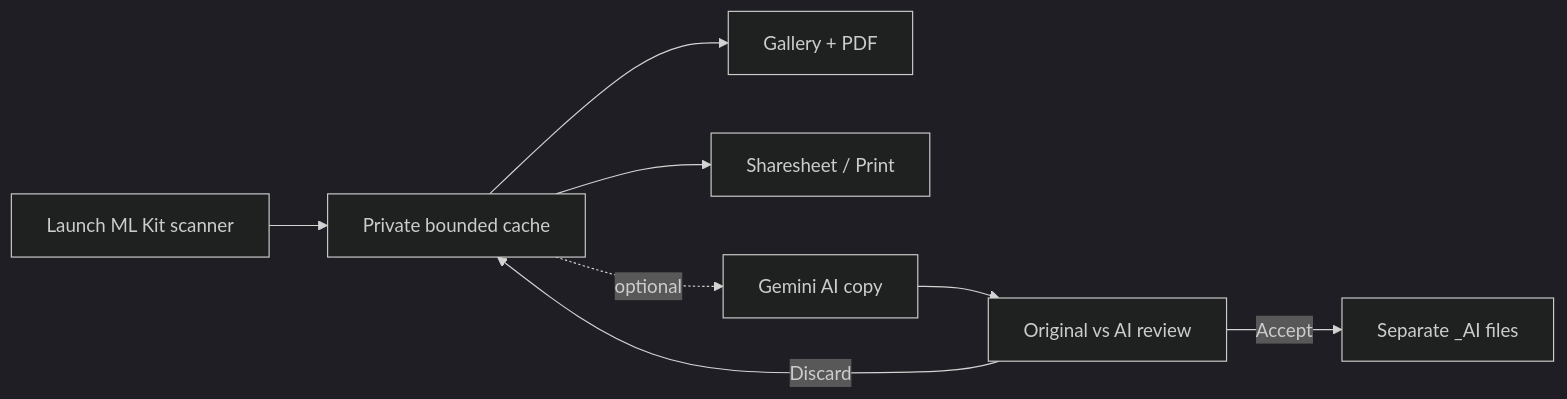
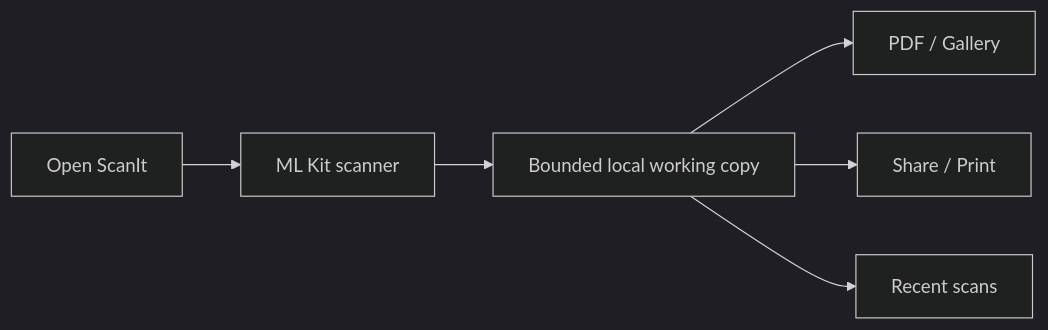
The diagram in README.md (Majkey25/ScanIt), drawn with Mermaid (dark theme) before and after one commit. The commit also changed other lines of this file and 15 other files, not shown here.

````diff
--- a/README.md
+++ b/README.md
@@ -77,10 +59,8 @@
 ```mermaid
 flowchart LR
-    A["Launch ML Kit scanner"] --> B["Private bounded cache"]
-    B --> C["Gallery + PDF"]
-    B --> D["Sharesheet / Print"]
-    B -. "optional" .-> E["Gemini AI copy"]
-    E --> F["Original vs AI review"]
-    F -->|Accept| G["Separate _AI files"]
-    F -->|Discard| B
+    A["Open ScanIt"] --> B["ML Kit scanner"]
+    B --> C["Bounded local working copy"]
+    C --> D["PDF / Gallery"]
+    C --> E["Share / Print"]
+    C --> F["Recent scans"]
 ```
````
